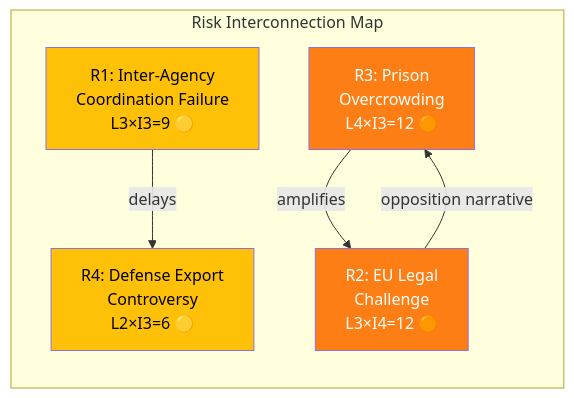
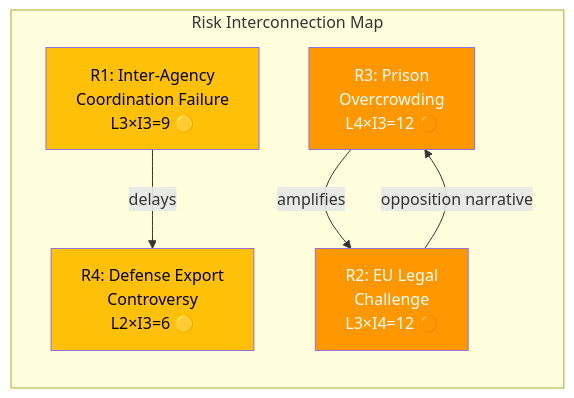
The second of 2 diagrams in analysis/daily/2026-04-03/propositions/synthesis-summary.md (Hack23/riksdagsmonitor), drawn with Mermaid before and after one commit. The commit also changed other lines of this file and 785 other files, not shown here.

First line of the commit message:
Normalize mermaid colors across 786 analysis artifacts to ISMS Style Guide palette

````diff
--- a/analysis/daily/2026-04-03/propositions/synthesis-summary.md
+++ b/analysis/daily/2026-04-03/propositions/synthesis-summary.md
@@ -78,16 +78,16 @@
 ```mermaid
 graph LR
     subgraph "Risk Interconnection Map"
         R1["R1: Inter-Agency<br/>Coordination Failure<br/>L3×I3=9 🟡"]
         R2["R2: EU Legal<br/>Challenge<br/>L3×I4=12 🟠"]
         R3["R3: Prison<br/>Overcrowding<br/>L4×I3=12 🟠"]
         R4["R4: Defense Export<br/>Controversy<br/>L2×I3=6 🟡"]
     end
     R1 -->|"delays"| R4
     R3 -->|"amplifies"| R2
     R2 -->|"opposition narrative"| R3
-    style R1 fill:#ffc107,color:#000
-    style R2 fill:#fd7e14,color:#fff
-    style R3 fill:#fd7e14,color:#fff
-    style R4 fill:#ffc107,color:#000
+    style R1 fill:#FFC107,color:#000000
+    style R2 fill:#FF9800,color:#FFFFFF
+    style R3 fill:#FF9800,color:#FFFFFF
+    style R4 fill:#FFC107,color:#000000
 ```
````
